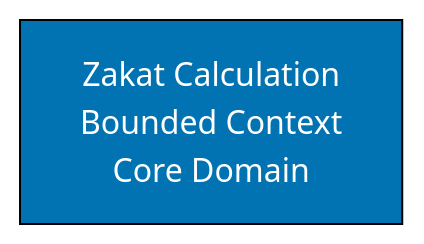
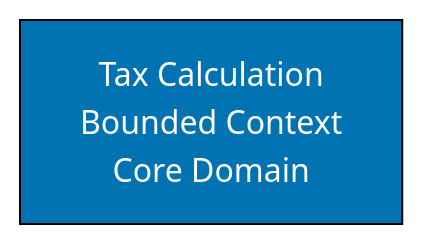
The fourth of 9 diagrams in docs/explanation/software/architecture/domain-driven-design-ddd/templates/ex-so-ar-dodrdedd-te__color-palette.md (wahidyankf/open-sharia-enterprise), drawn with Mermaid (forest theme) before and after one commit. The commit also changed other lines of this file and 94 other files, not shown here.

````diff
--- a/docs/explanation/software/architecture/domain-driven-design-ddd/templates/ex-so-ar-dodrdedd-te__color-palette.md
+++ b/docs/explanation/software/architecture/domain-driven-design-ddd/templates/ex-so-ar-dodrdedd-te__color-palette.md
@@ -129,5 +129,5 @@
 ```mermaid
 graph TD
-    BC[Zakat Calculation<br/>Bounded Context<br/>Core Domain]
+    BC[Tax Calculation<br/>Bounded Context<br/>Core Domain]
     style BC fill:#0173B2,stroke:#000,color:#FFFFFF
 ```
````
